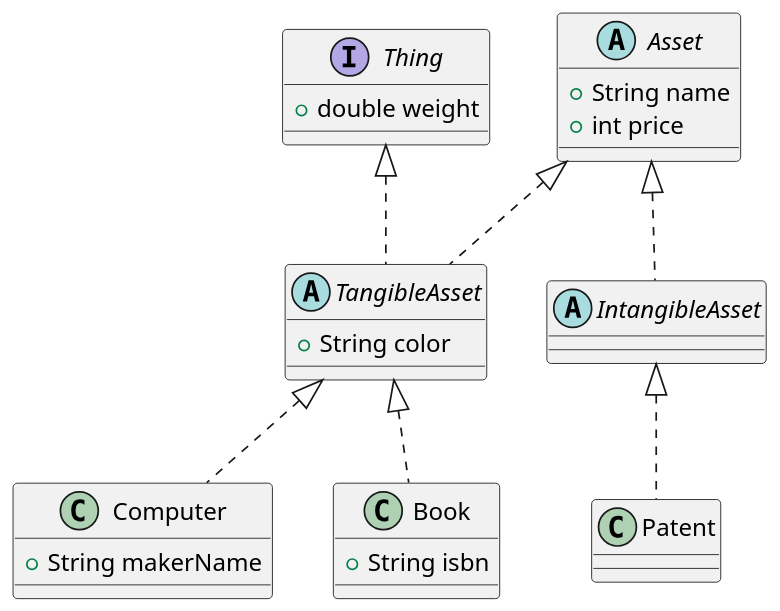
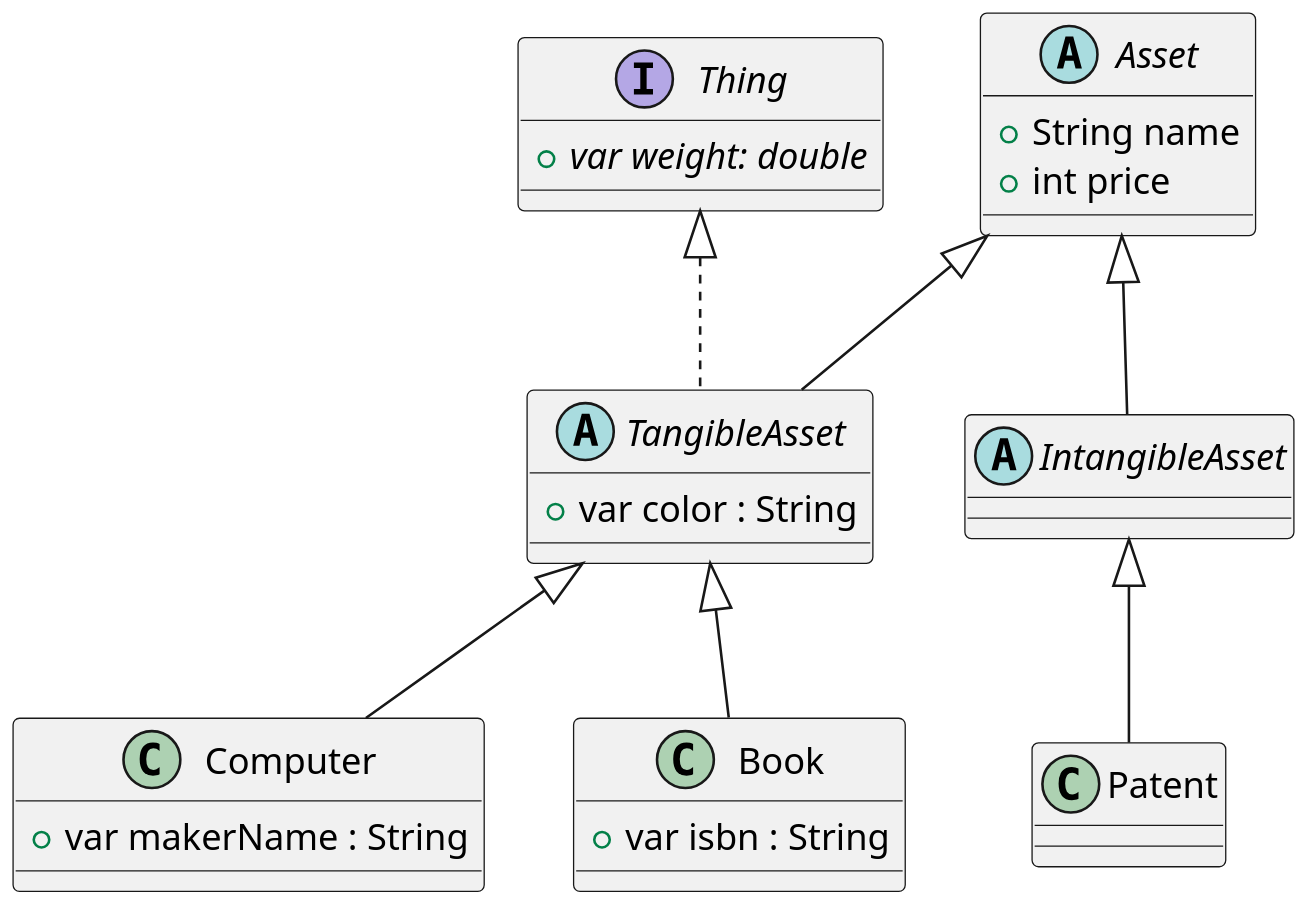
The diagram in src/main/kotlin/day7/Asset.puml (SurvivalCodingCampus/winter_kotlin_lecture), drawn with PlantUML before and after one commit. The commit also changed 1 other file, not shown here.

```diff
--- a/src/main/kotlin/day7/Asset.puml
+++ b/src/main/kotlin/day7/Asset.puml
@@ -1,34 +1,34 @@
 @startuml
 'https://plantuml.com/class-diagram
 
-scale 1.4
+scale 2.1
 
 abstract class Asset {
     + String name
     + int price
 }
 
 interface Thing {
-   + double weight
+   + {abstract} var weight: double
 }
 
-abstract class TangibleAsset implements Asset, Thing {
-    + String color
+abstract class TangibleAsset extends Asset implements Thing {
+    + var color : String
 }
 
-abstract class IntangibleAsset implements Asset {
+abstract class IntangibleAsset extends Asset {
 
 }
 
-class Computer implements TangibleAsset {
-    + String makerName
+class Computer extends TangibleAsset {
+    + var makerName : String
 }
 
-class Book implements TangibleAsset {
-    + String isbn
+class Book extends TangibleAsset {
+    + var isbn : String
 }
 
-class Patent implements IntangibleAsset  {
+class Patent extends IntangibleAsset  {
 
 }
 @enduml
```
